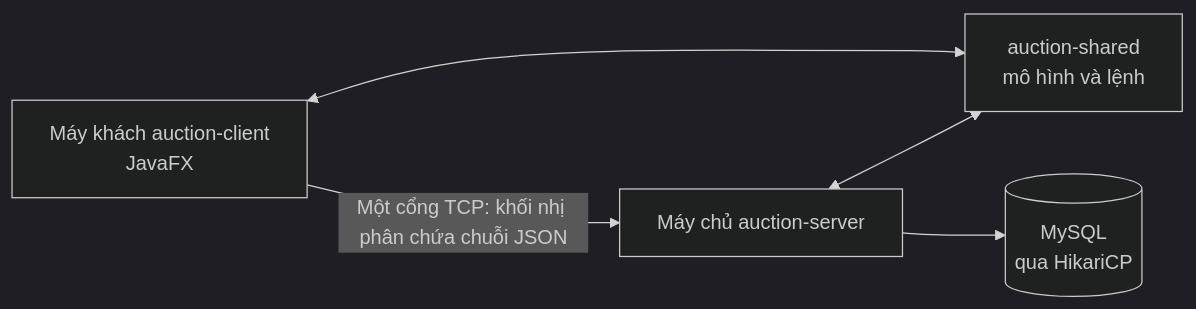
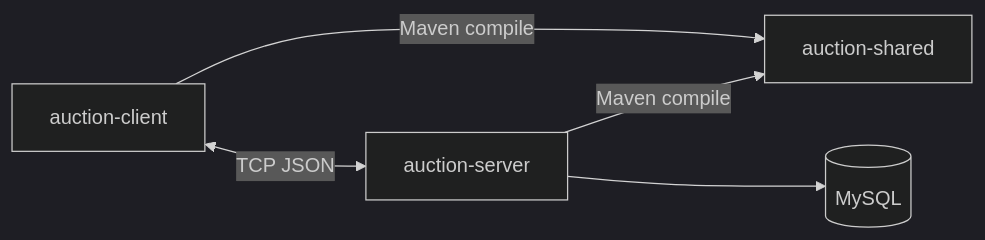
One commit to kduongnguyen150807/Auction_system_javafx changed the first of 35 diagrams in Summary/project-uml.md. Above: the diagram before and after it, drawn with Mermaid (dark theme). The commit also changed other lines of this file, not shown here.

Commit message:
docs : new project-uml , updating to current project workflow

````diff
--- a/Summary/project-uml.md
+++ b/Summary/project-uml.md
@@ -15,7 +25,12 @@
 ```mermaid
 flowchart LR
-  C[Máy khách auction-client<br/>JavaFX] <--> CHUNG[auction-shared<br/>mô hình và lệnh]
-  MAY_CHU[Máy chủ auction-server] <--> CHUNG
-  C -->|"Một cổng TCP: khối nhị phân chứa chuỗi JSON"| MAY_CHU
-  MAY_CHU --> DB[(MySQL<br/>qua HikariCP)]
+  C[auction-client]
+  S[auction-shared]
+  V[auction-server]
+  DB[(MySQL)]
+
+  C -->|Maven compile| S
+  V -->|Maven compile| S
+  C <-->|TCP JSON| V
+  V --> DB
 ```
````
